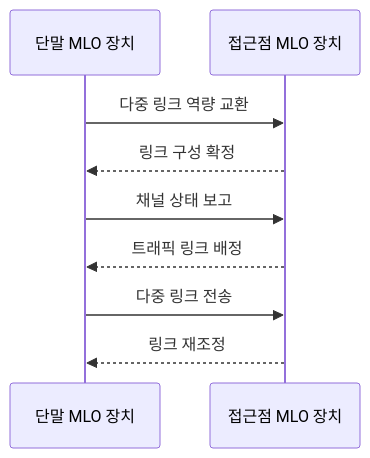
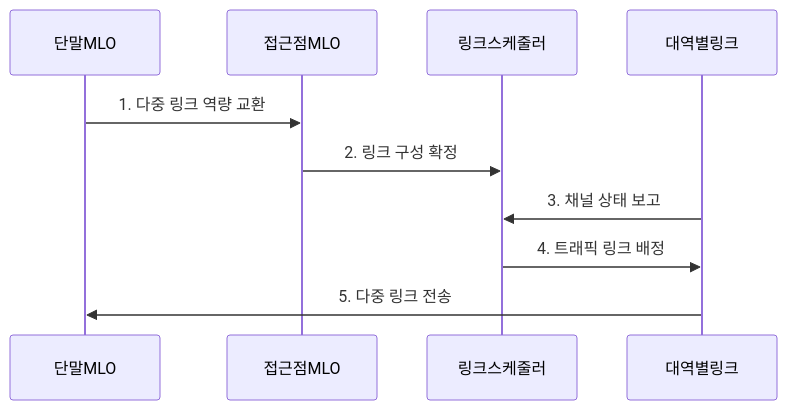
One commit to agnusdei1207/knowledge-base changed the second of 2 diagrams in src/content/docs/notes/04-network/033_wi_fi_7.md. Above: the diagram before and after it, drawn with Mermaid. The commit also changed other lines of this file and 20 other files, not shown here.

````diff
--- a/src/content/docs/notes/04-network/033_wi_fi_7.md
+++ b/src/content/docs/notes/04-network/033_wi_fi_7.md
@@ -78,11 +77,12 @@
 ```mermaid
 sequenceDiagram
-  participant S as 단말 MLO 장치
-  participant A as 접근점 MLO 장치
-  S->>A: 다중 링크 역량 교환
-  A-->>S: 링크 구성 확정
-  S->>A: 채널 상태 보고
-  A-->>S: 트래픽 링크 배정
-  S->>A: 다중 링크 전송
-  A-->>S: 링크 재조정
+    participant 단말MLO
+    participant 접근점MLO
+    participant 링크스케줄러
+    participant 대역별링크
+    단말MLO->>접근점MLO: 1. 다중 링크 역량 교환
+    접근점MLO->>링크스케줄러: 2. 링크 구성 확정
+    대역별링크->>링크스케줄러: 3. 채널 상태 보고
+    링크스케줄러->>대역별링크: 4. 트래픽 링크 배정
+    대역별링크->>단말MLO: 5. 다중 링크 전송
 ```
````
